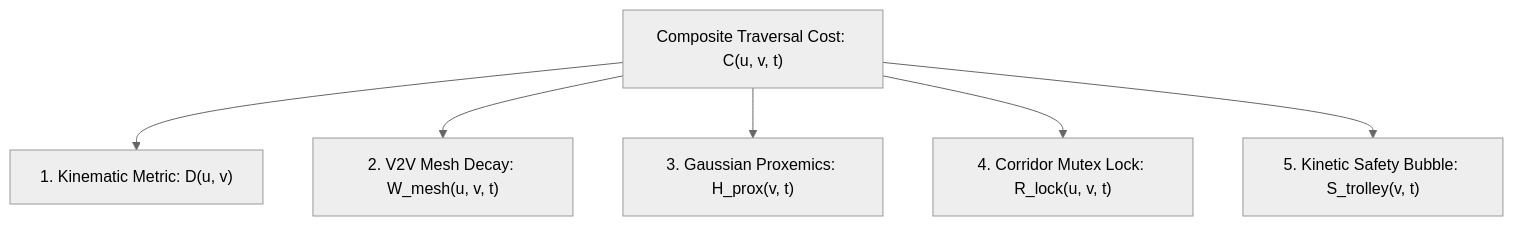
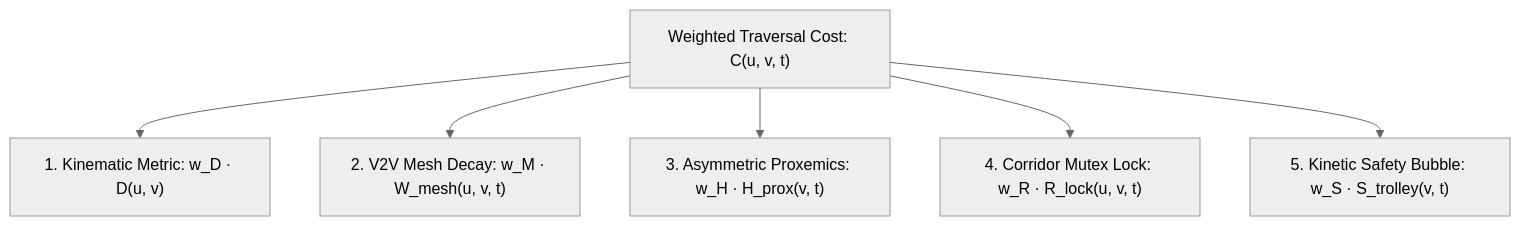
One commit to polla-fattah/D2RO changed the second of 3 diagrams in paper/methodology_and_formulation.md. Above: the diagram before and after it, drawn with Mermaid (neutral theme). The commit also changed other lines of this file and 10 other files, not shown here.

Commit message:
feat(core): complete Phase 1 upgrades with true anisotropic Gaussian proxemics, weighted cost formulation, and strict SI physical metric calibration

````diff
--- a/paper/methodology_and_formulation.md
+++ b/paper/methodology_and_formulation.md
@@ -72,11 +74,11 @@
 ```mermaid
 flowchart TD
-    Cost["Composite Traversal Cost: C(u, v, t)"]
-    D["1. Kinematic Metric: D(u, v)"]
-    W["2. V2V Mesh Decay: W_mesh(u, v, t)"]
-    H["3. Gaussian Proxemics: H_prox(v, t)"]
-    R["4. Corridor Mutex Lock: R_lock(u, v, t)"]
-    S["5. Kinetic Safety Bubble: S_trolley(v, t)"]
+    Cost["Weighted Traversal Cost: C(u, v, t)"]
+    D["1. Kinematic Metric: w_D · D(u, v)"]
+    W["2. V2V Mesh Decay: w_M · W_mesh(u, v, t)"]
+    H["3. Asymmetric Proxemics: w_H · H_prox(v, t)"]
+    R["4. Corridor Mutex Lock: w_R · R_lock(u, v, t)"]
+    S["5. Kinetic Safety Bubble: w_S · S_trolley(v, t)"]
 
     Cost --> D & W & H & R & S
 ```
````
